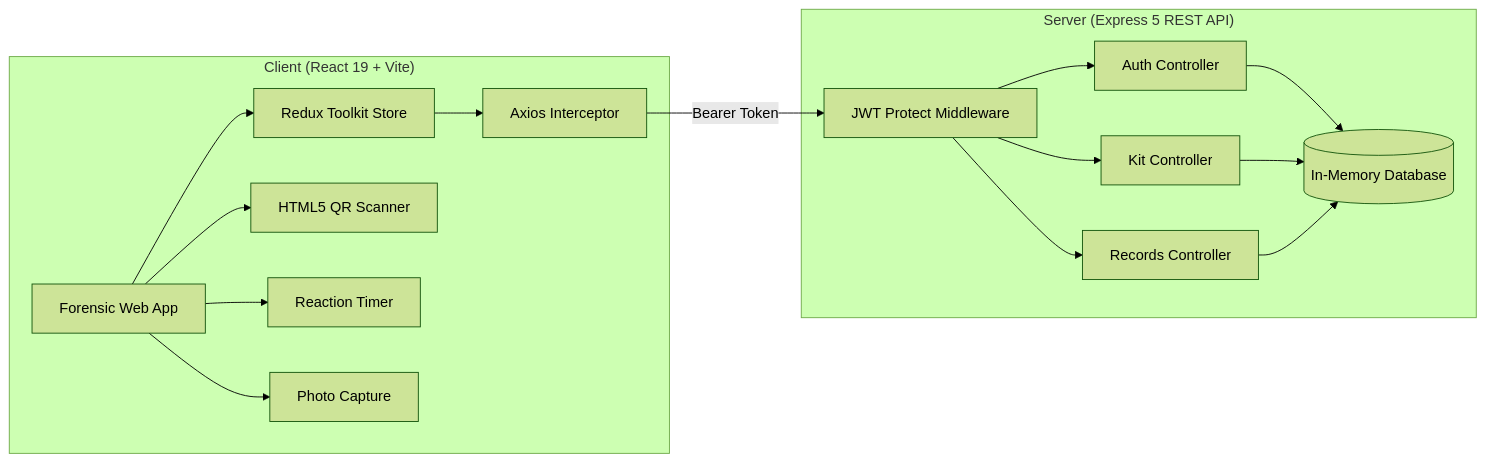
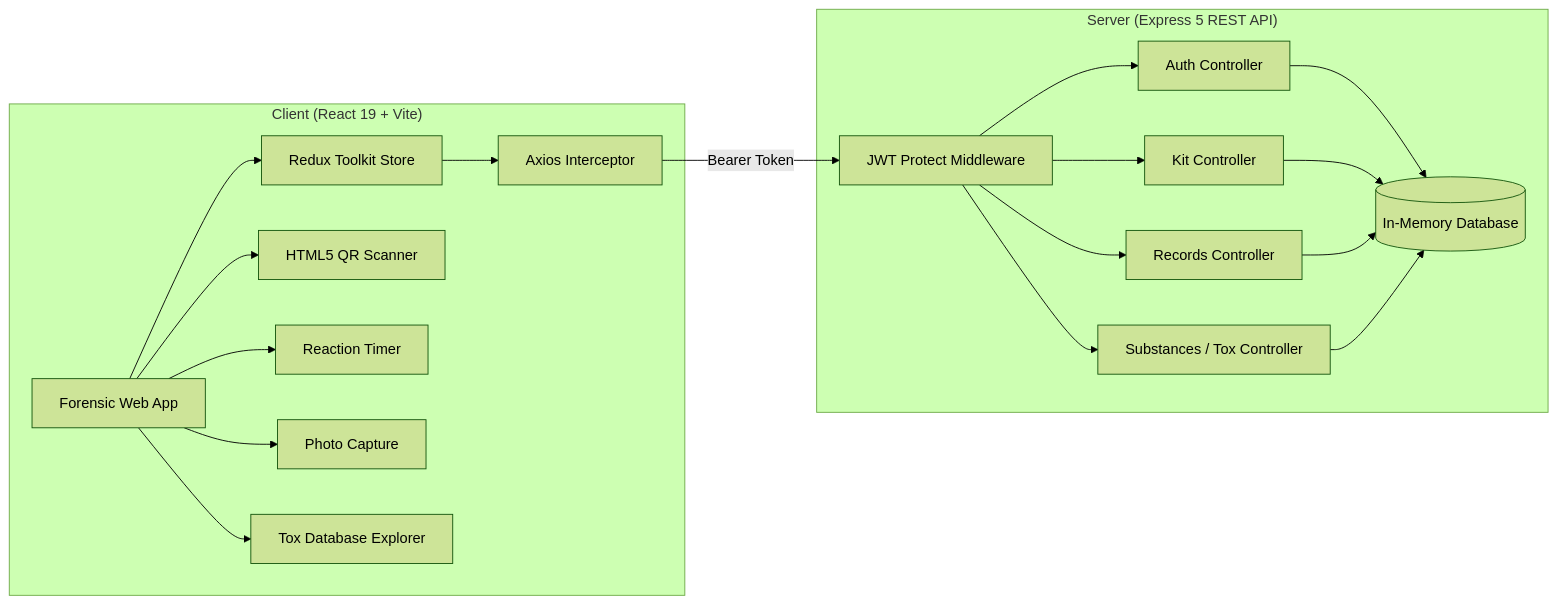
One commit to adityafurange/NarcoVision2026 changed the second of 2 diagrams in Readme.md. Above: the diagram before and after it, drawn with Mermaid (forest theme). The commit also changed other lines of this file, not shown here.

First line of the commit message:
docs: document PubChem, DrugBank, and Tox21 toxicological dataset integration

````diff
--- a/Readme.md
+++ b/Readme.md
@@ -56,32 +80,37 @@
 ```mermaid
 flowchart LR
     subgraph Client ["Client (React 19 + Vite)"]
         UI[Forensic Web App]
         RT[Redux Toolkit Store]
         AX[Axios Interceptor]
         QR[HTML5 QR Scanner]
         TM[Reaction Timer]
         IC[Photo Capture]
+        ToxUI[Tox Database Explorer]
         UI --> RT
         UI --> QR
         UI --> TM
         UI --> IC
+        UI --> ToxUI
         RT --> AX
     end
 
     subgraph Server ["Server (Express 5 REST API)"]
         JWT[JWT Protect Middleware]
         RT_Auth[Auth Controller]
         RT_Kit[Kit Controller]
         RT_Rec[Records Controller]
+        RT_Tox[Substances / Tox Controller]
         MEM[(In-Memory Database)]
         
         AX -- "Bearer Token" --> JWT
         JWT --> RT_Auth
         JWT --> RT_Kit
         JWT --> RT_Rec
+        JWT --> RT_Tox
         RT_Auth --> MEM
         RT_Kit --> MEM
         RT_Rec --> MEM
+        RT_Tox --> MEM
     end
 ```
````
